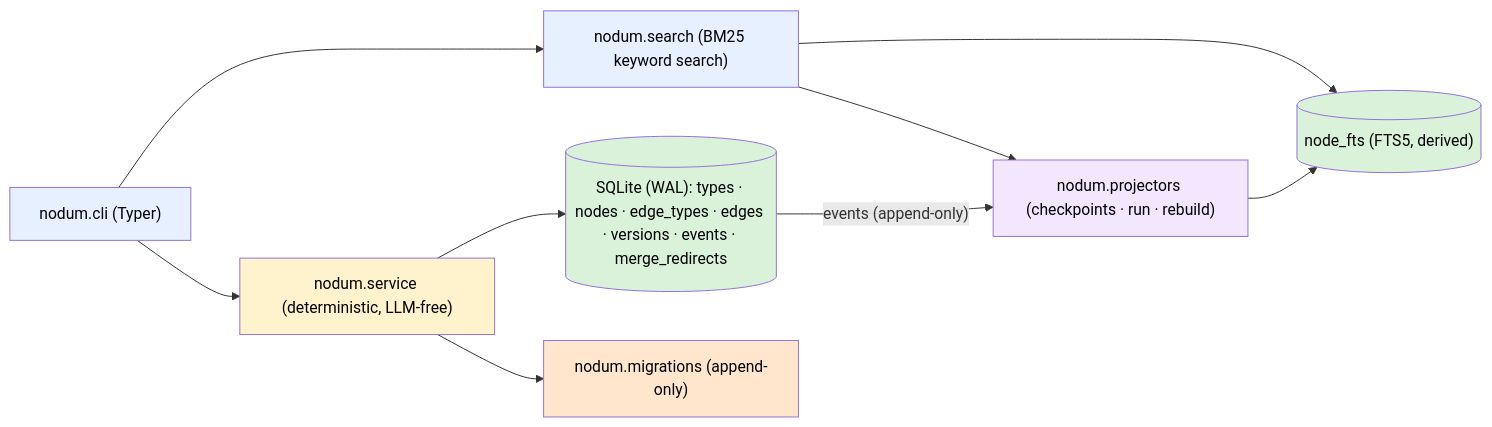
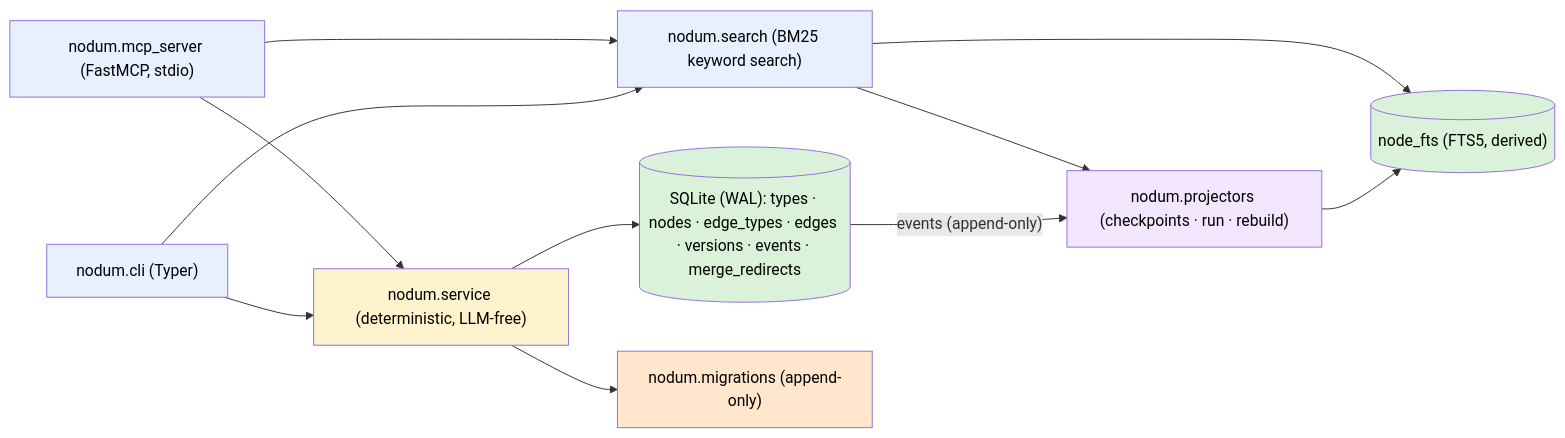
One commit to vcoeur/nodum changed the diagram in docs/architecture.md. Above: the diagram before and after it, drawn with Mermaid. The commit also changed other lines of this file and 15 other files, not shown here.

First line of the commit message:
Add MCP server (read + additive tiers) and proposed updates

````diff
--- a/docs/architecture.md
+++ b/docs/architecture.md
@@ -8,18 +9,21 @@
 ```mermaid
 flowchart LR
     cli["nodum.cli (Typer)"] --> svc["nodum.service (deterministic, LLM-free)"]
+    mcp["nodum.mcp_server (FastMCP, stdio)"] --> svc
     cli --> qry["nodum.search (BM25 keyword search)"]
+    mcp --> qry
     svc --> db[("SQLite (WAL): types · nodes · edge_types · edges · versions · events · merge_redirects")]
     svc --> mig["nodum.migrations (append-only)"]
     db -- "events (append-only)" --> prj["nodum.projectors (checkpoints · run · rebuild)"]
     prj --> fts[("node_fts (FTS5, derived)")]
     qry --> fts
     qry --> prj
     style cli fill:#e6f0ff,color:#000
+    style mcp fill:#e6f0ff,color:#000
     style svc fill:#fff3cd,color:#000
     style db fill:#d9f2d9,color:#000
     style mig fill:#ffe6cc,color:#000
     style prj fill:#f3e6ff,color:#000
     style fts fill:#d9f2d9,color:#000
     style qry fill:#e6f0ff,color:#000
 ```
````
